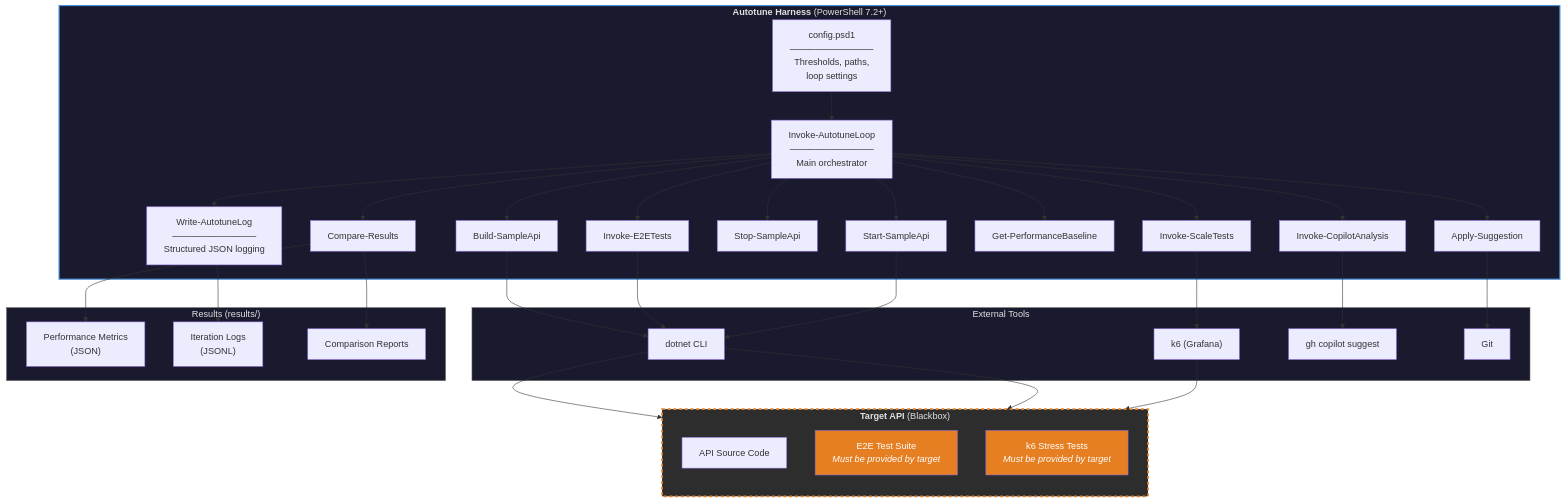
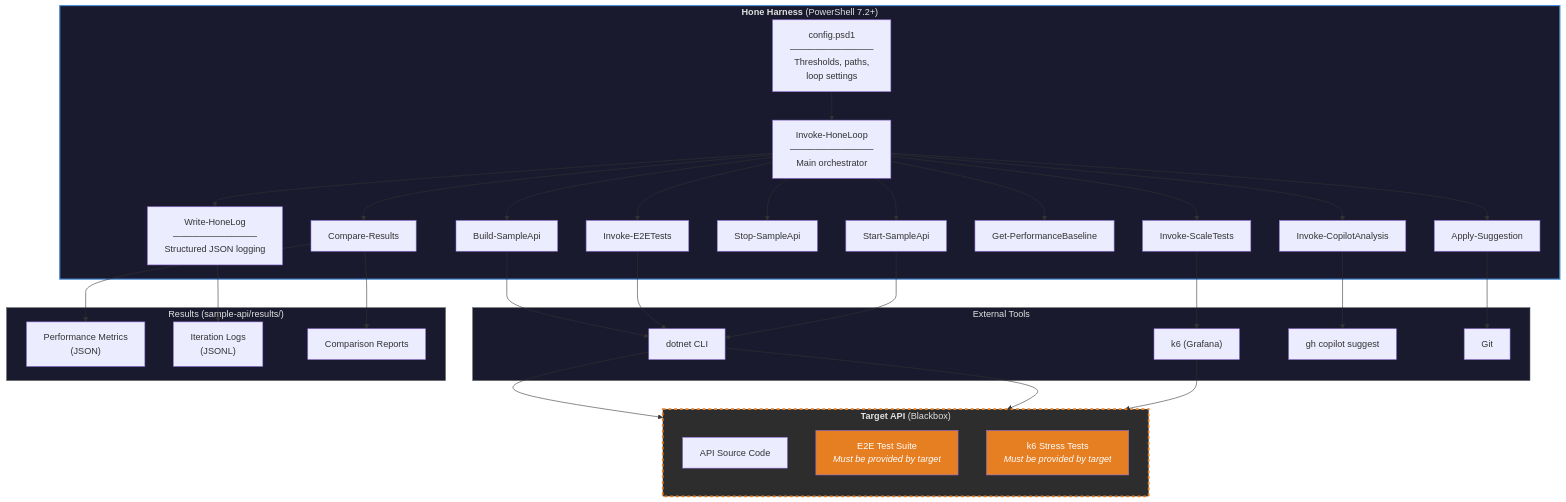
One commit to J-Bax/Hone changed the second of 6 diagrams in README.md. Above: the diagram before and after it, drawn with Mermaid. The commit also changed other lines of this file and 37 other files, not shown here.

First line of the commit message:
Move scale-tests and results into sample-api sub-repo

````diff
--- a/README.md
+++ b/README.md
@@ -28,72 +28,72 @@
 ```mermaid
 graph TB
-    subgraph HARNESS["<b>Autotune Harness</b> (PowerShell 7.2+)"]
+    subgraph HARNESS["<b>Hone Harness</b> (PowerShell 7.2+)"]
         CONFIG["config.psd1<br/>─────────────<br/>Thresholds, paths,<br/>loop settings"]
-        LOOP["Invoke-AutotuneLoop<br/>─────────────<br/>Main orchestrator"]
-        LOG["Write-AutotuneLog<br/>─────────────<br/>Structured JSON logging"]
+        LOOP["Invoke-HoneLoop<br/>─────────────<br/>Main orchestrator"]
+        LOG["Write-HoneLog<br/>─────────────<br/>Structured JSON logging"]
 
         BUILD_S["Build-SampleApi"]
         VERIFY_S["Invoke-E2ETests"]
         START["Start-SampleApi"]
         STOP["Stop-SampleApi"]
         SCALE["Invoke-ScaleTests"]
         BASELINE["Get-PerformanceBaseline"]
         COMPARE["Compare-Results"]
         COPILOT_S["Invoke-CopilotAnalysis"]
         APPLY["Apply-Suggestion"]
 
         CONFIG --> LOOP
         LOOP --> BUILD_S
         LOOP --> VERIFY_S
         LOOP --> START
         LOOP --> STOP
         LOOP --> SCALE
         LOOP --> BASELINE
         LOOP --> COMPARE
         LOOP --> COPILOT_S
         LOOP --> APPLY
         LOOP --> LOG
     end
 
     subgraph EXTERNAL["External Tools"]
         DOTNET["dotnet CLI"]
         K6["k6 (Grafana)"]
         GH["gh copilot suggest"]
         GIT["Git"]
     end
 
     subgraph TARGET["<b>Target API</b> (Blackbox)"]
         direction TB
         API_SRC["API Source Code"]
         E2E_TESTS["E2E Test Suite<br/><i>Must be provided by target</i>"]
         SCALE_TESTS["k6 Stress Tests<br/><i>Must be provided by target</i>"]
     end
 
-    subgraph OUTPUT["Results (results/)"]
+    subgraph OUTPUT["Results (sample-api/results/)"]
         METRICS["Performance Metrics<br/>(JSON)"]
         LOGS["Iteration Logs<br/>(JSONL)"]
         REPORTS["Comparison Reports"]
     end
 
     BUILD_S --> DOTNET
     VERIFY_S --> DOTNET
     START --> DOTNET
     SCALE --> K6
     COPILOT_S --> GH
     APPLY --> GIT
 
     DOTNET --> API_SRC
     DOTNET --> E2E_TESTS
     K6 --> SCALE_TESTS
 
     COMPARE --> METRICS
     LOG --> LOGS
     COMPARE --> REPORTS
 
     style HARNESS fill:#1a1a2e,color:#e0e0e0,stroke:#4a90d9,stroke-width:2px
     style TARGET fill:#2d2d2d,color:#e0e0e0,stroke:#e67e22,stroke-width:3px,stroke-dasharray: 5 5
     style EXTERNAL fill:#1a1a2e,color:#e0e0e0,stroke:#666,stroke-width:1px
     style OUTPUT fill:#1a1a2e,color:#e0e0e0,stroke:#666,stroke-width:1px
     style E2E_TESTS fill:#e67e22,color:#fff
     style SCALE_TESTS fill:#e67e22,color:#fff
 ```
````
